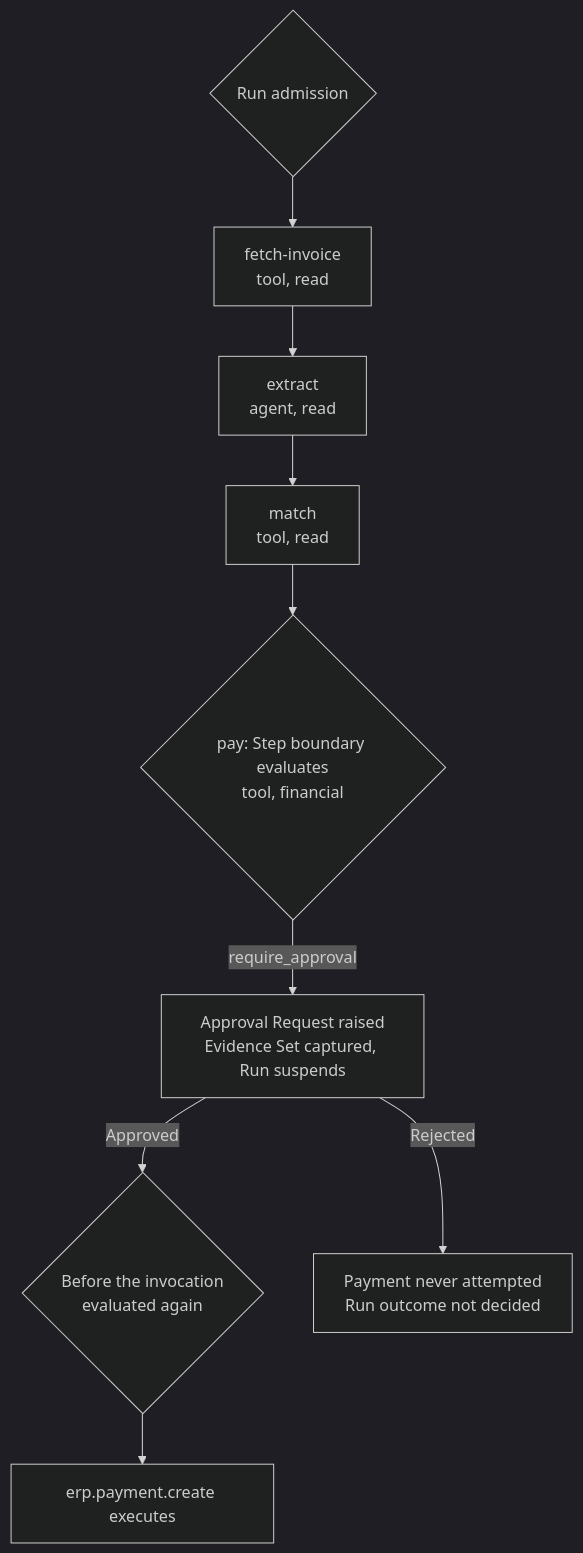
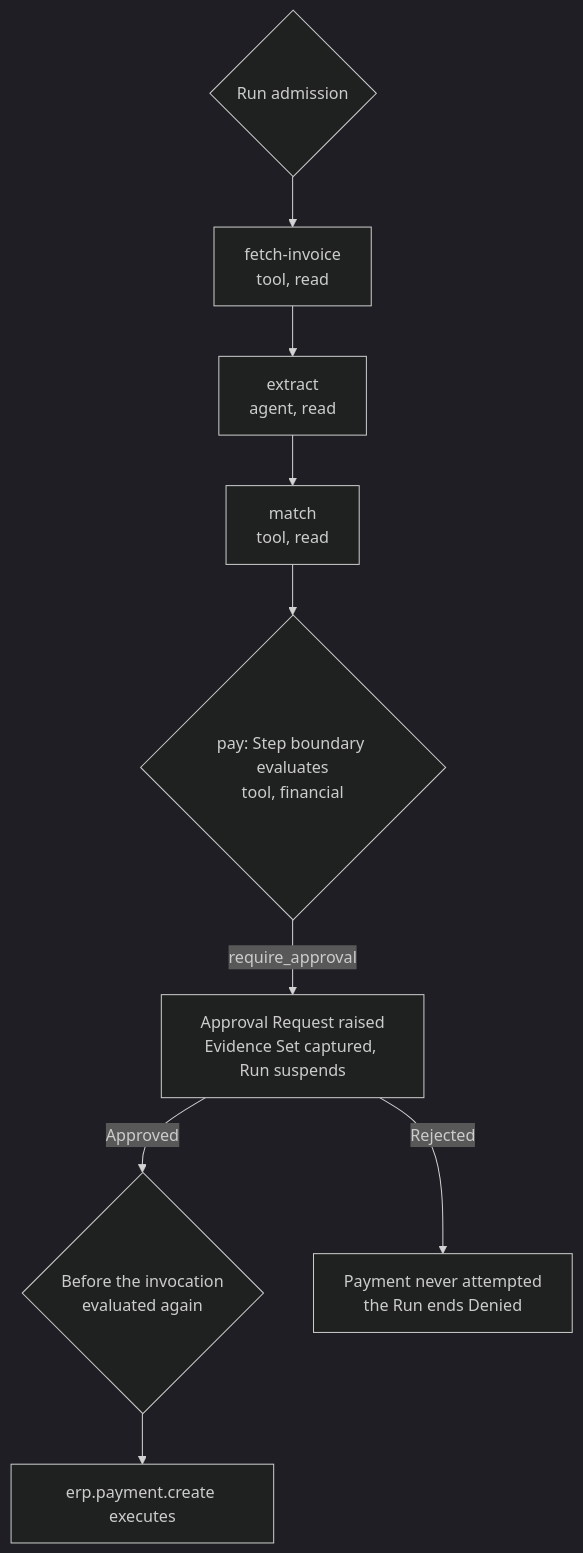
Before and after one commit to ayesigapaul/orchestra: the diagram in docs/50-workflows/examples/invoice-payment.md, drawn with Mermaid (dark theme). The commit also changed other lines of this file and 56 other files, not shown here.

````diff
--- a/docs/50-workflows/examples/invoice-payment.md
+++ b/docs/50-workflows/examples/invoice-payment.md
@@ -93,11 +93,11 @@
 ```mermaid
 flowchart TD
   ADM{"Run admission"} --> F["fetch-invoice<br/>tool, read"]
   F --> X["extract<br/>agent, read"]
   X --> M["match<br/>tool, read"]
   M --> P{"pay: Step boundary evaluates<br/>tool, financial"}
   P -->|"require_approval"| AR["Approval Request raised<br/>Evidence Set captured, Run suspends"]
   AR -->|"Approved"| T{"Before the invocation<br/>evaluated again"}
   T --> PAY["erp.payment.create executes"]
-  AR -->|"Rejected"| STOP["Payment never attempted<br/>Run outcome not decided"]
+  AR -->|"Rejected"| STOP["Payment never attempted<br/>the Run ends Denied"]
 ```
````
